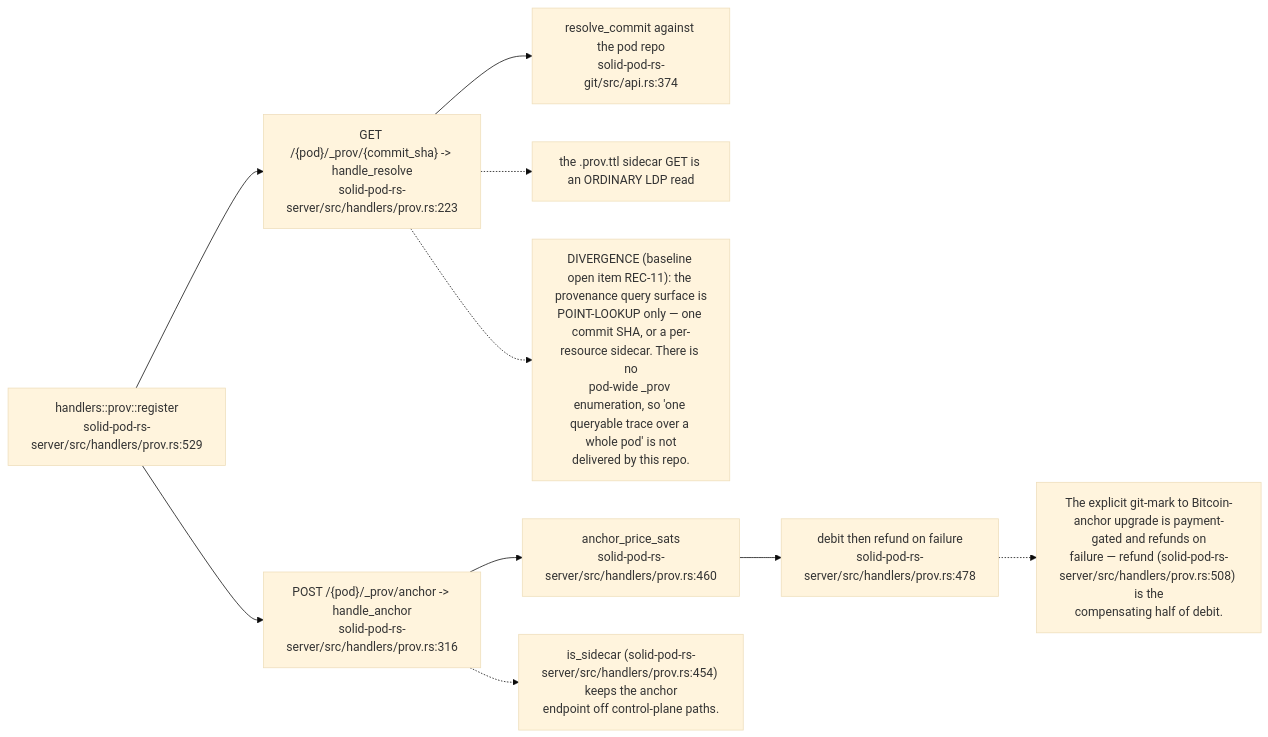
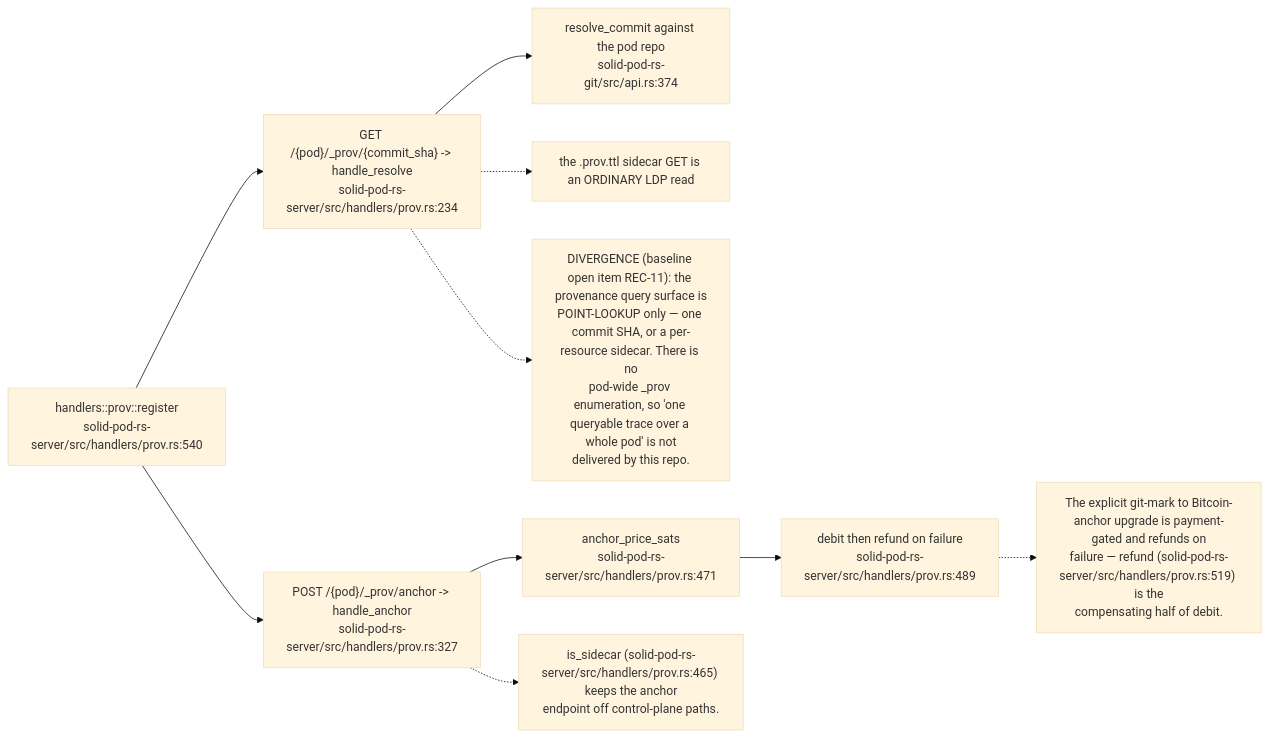
Before and after one commit to DreamLab-AI/VisionFlow: the sixth of 19 diagrams in docs/diagrams/solid-pod-rs/07-provenance-and-payments.md, drawn with Mermaid (base theme). The commit also changed other lines of this file and 26 other files, not shown here.

First line of the commit message:
docs(diagrams): re-verify solid-pod-rs, nostr-rust-forum and visionclaw 22/36 against HEAD

````diff
--- a/docs/diagrams/solid-pod-rs/07-provenance-and-payments.md
+++ b/docs/diagrams/solid-pod-rs/07-provenance-and-payments.md
@@ -181,21 +192,21 @@
 ```mermaid
 flowchart LR
-    R1["GET /{pod}/_prov/{commit_sha} -> handle_resolve<br/>solid-pod-rs-server/src/handlers/prov.rs:223"]
-    R2["POST /{pod}/_prov/anchor -> handle_anchor<br/>solid-pod-rs-server/src/handlers/prov.rs:316"]
-    REG["handlers::prov::register<br/>solid-pod-rs-server/src/handlers/prov.rs:529"]
+    R1["GET /{pod}/_prov/{commit_sha} -> handle_resolve<br/>solid-pod-rs-server/src/handlers/prov.rs:234"]
+    R2["POST /{pod}/_prov/anchor -> handle_anchor<br/>solid-pod-rs-server/src/handlers/prov.rs:327"]
+    REG["handlers::prov::register<br/>solid-pod-rs-server/src/handlers/prov.rs:540"]
     RC["resolve_commit against the pod repo<br/>solid-pod-rs-git/src/api.rs:374"]
-    PRICE["anchor_price_sats<br/>solid-pod-rs-server/src/handlers/prov.rs:460"]
-    DEB["debit then refund on failure<br/>solid-pod-rs-server/src/handlers/prov.rs:478"]
+    PRICE["anchor_price_sats<br/>solid-pod-rs-server/src/handlers/prov.rs:471"]
+    DEB["debit then refund on failure<br/>solid-pod-rs-server/src/handlers/prov.rs:489"]
     SIDE["the .prov.ttl sidecar GET is an ORDINARY LDP read"]
 
     REG --> R1 --> RC
     REG --> R2 --> PRICE --> DEB
     R1 -.-> SIDE
 
     N["DIVERGENCE (baseline open item REC-11): the provenance query surface is<br/>POINT-LOOKUP only — one commit SHA, or a per-resource sidecar. There is no<br/>pod-wide _prov enumeration, so 'one queryable trace over a whole pod' is not<br/>delivered by this repo."]
     R1 -.-> N
-    N2["The explicit git-mark to Bitcoin-anchor upgrade is payment-gated and refunds on<br/>failure — refund (solid-pod-rs-server/src/handlers/prov.rs:508) is the<br/>compensating half of debit."]
+    N2["The explicit git-mark to Bitcoin-anchor upgrade is payment-gated and refunds on<br/>failure — refund (solid-pod-rs-server/src/handlers/prov.rs:519) is the<br/>compensating half of debit."]
     DEB -.-> N2
-    N3["is_sidecar (solid-pod-rs-server/src/handlers/prov.rs:454) keeps the anchor<br/>endpoint off control-plane paths."]
+    N3["is_sidecar (solid-pod-rs-server/src/handlers/prov.rs:465) keeps the anchor<br/>endpoint off control-plane paths."]
     R2 -.-> N3
 ```
````
